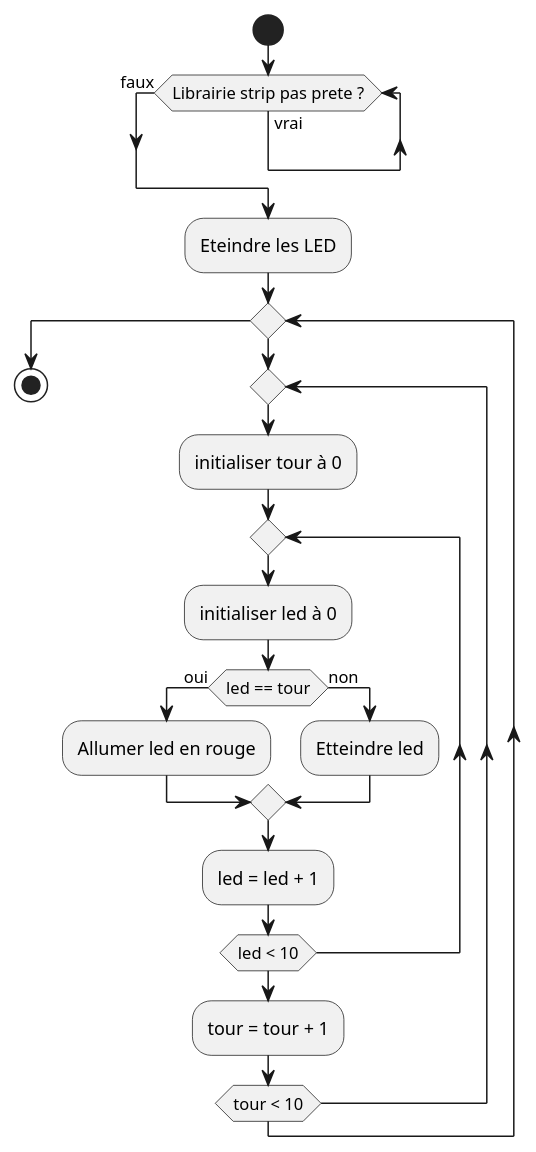
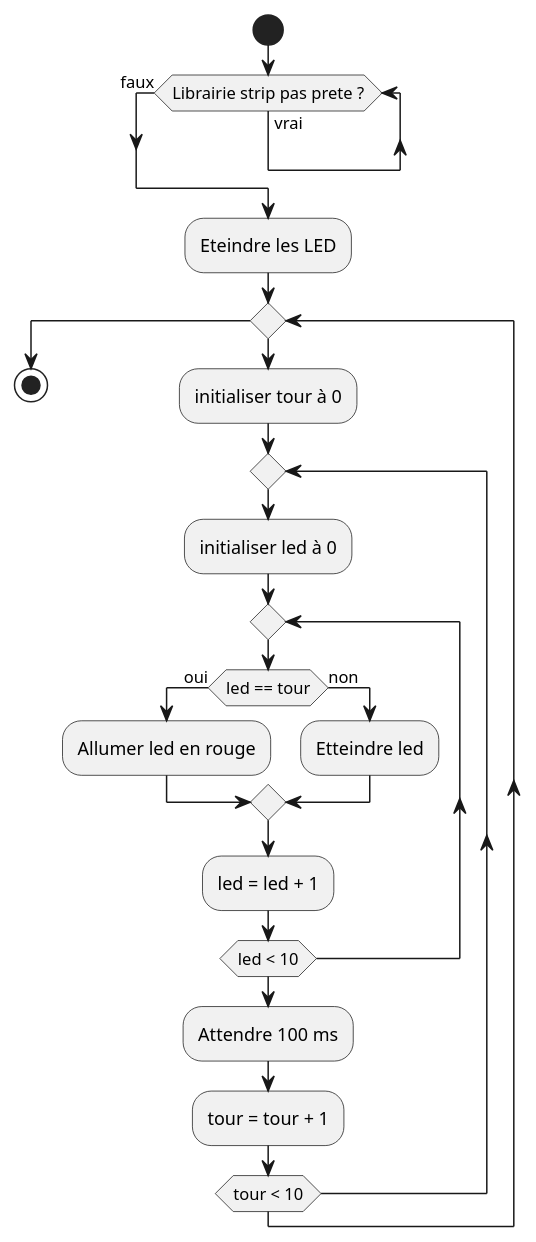
The diagram in Scripts/02-LEDscrollCustom/LEDScroll-RED-activityDiag.puml (gabriel-alex/GM9-ElectronicPractical), drawn with PlantUML before and after one commit. The commit also changed 2 other files, not shown here.

```diff
--- a/Scripts/02-LEDscrollCustom/LEDScroll-RED-activityDiag.puml
+++ b/Scripts/02-LEDscrollCustom/LEDScroll-RED-activityDiag.puml
@@ -1,23 +1,25 @@
 @startuml
 start
 while (Librairie strip pas prete ?) is (vrai)
 endwhile (faux)
 :Eteindre les LED;
 while()
-repeat
 :initialiser tour à 0;
 repeat
 :initialiser led à 0;
+repeat
+
 if (led == tour) then (oui)
 :Allumer led en rouge;
 else (non)
 :Etteindre led;
 endif
 :led = led + 1;
 repeat while(led < 10)
+:Attendre 100 ms;
 :tour = tour + 1;
 repeat while(tour < 10)
 endwhile
 
 stop
 @enduml
```
